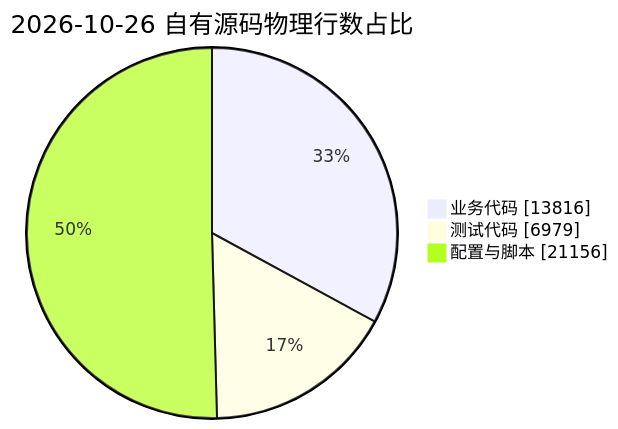
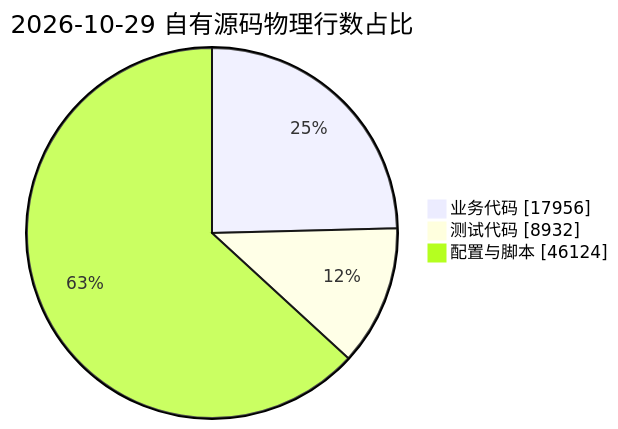
One commit to JobsKits/WindowsOS_Extension changed the third of 3 diagrams in README.md. Above: the diagram before and after it, drawn with Mermaid. The commit also changed other lines of this file and 453 other files, not shown here.

````diff
--- a/README.md
+++ b/README.md
@@ -632,7 +589,7 @@
 ```mermaid
 pie showData
-    title 2026-10-26 自有源码物理行数占比
-    "业务代码" : 13816
-    "测试代码" : 6979
-    "配置与脚本" : 21156
+    title 2026-10-29 自有源码物理行数占比
+    "业务代码" : 17956
+    "测试代码" : 8932
+    "配置与脚本" : 46124
 ```
````
